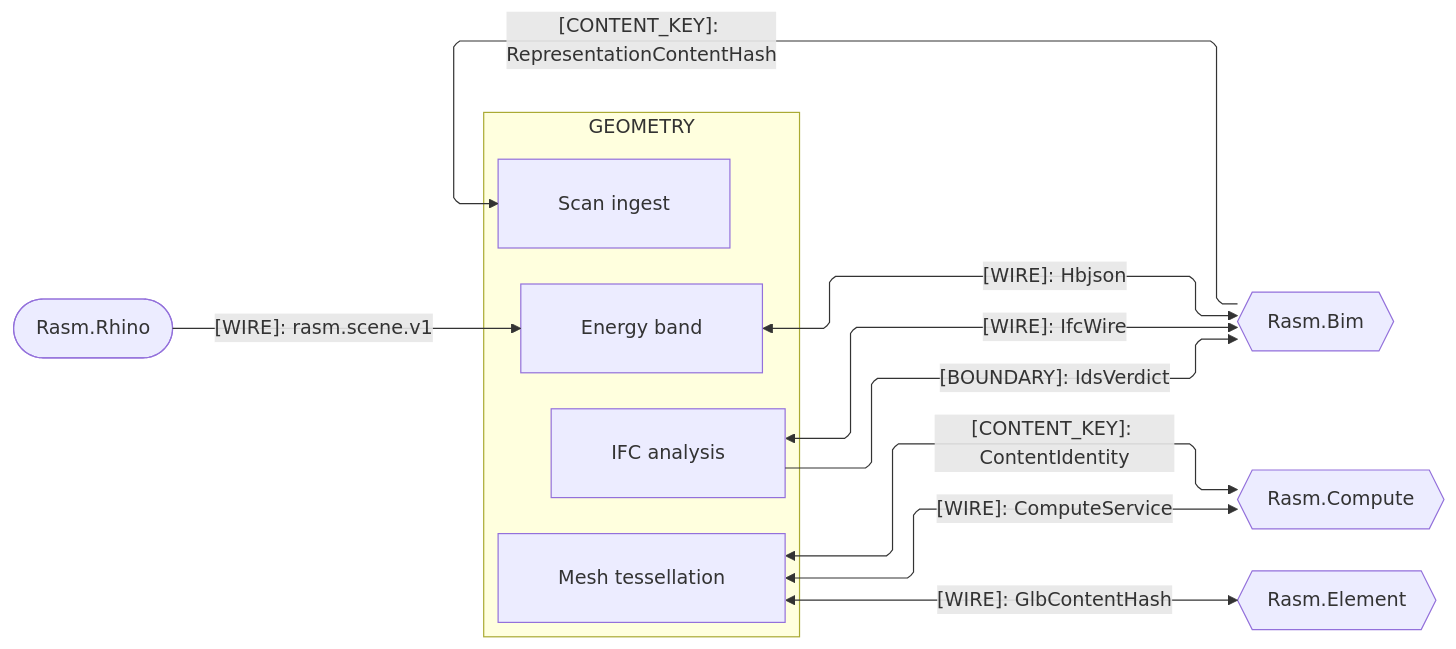
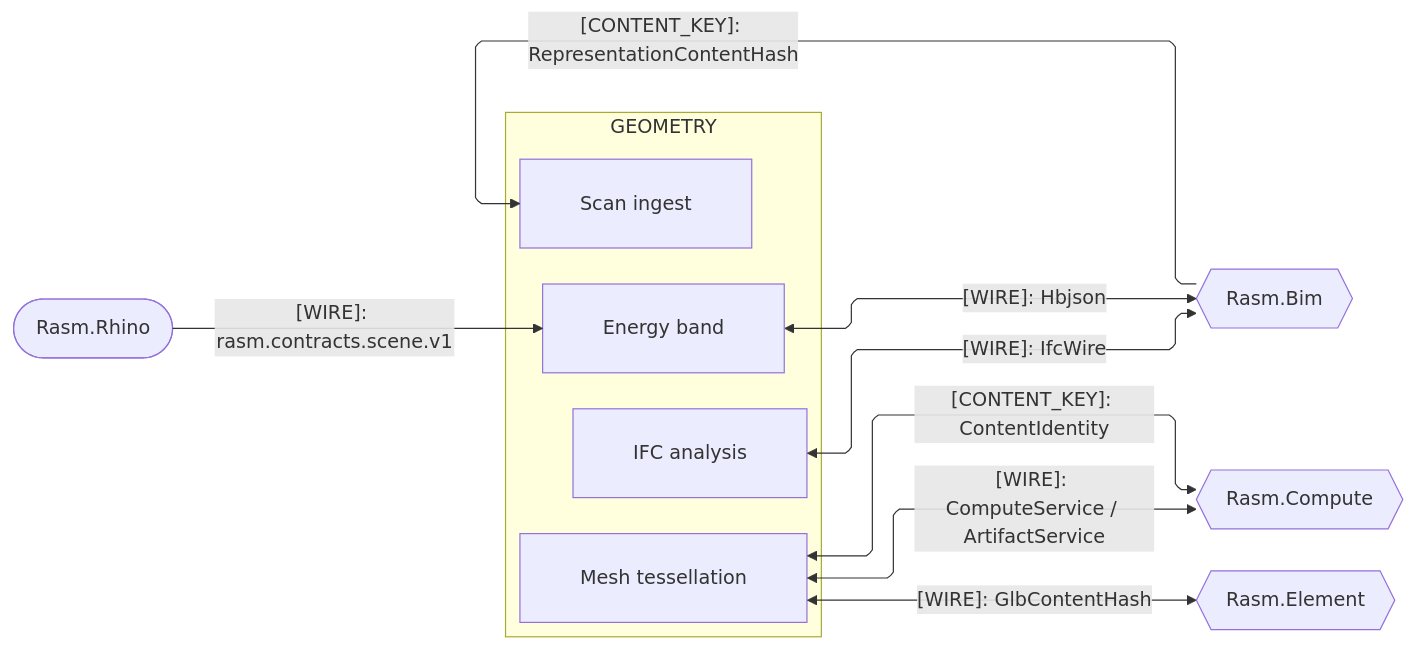
Before and after one commit to bsamiee/Rasm: the second of 4 diagrams in libs/python/geometry/ARCHITECTURE.md, drawn with Mermaid. The commit also changed other lines of this file and 820 other files, not shown here.

````diff
--- a/libs/python/geometry/ARCHITECTURE.md
+++ b/libs/python/geometry/ARCHITECTURE.md
@@ -91,30 +91,29 @@
 ```mermaid
 ---
 config:
   layout: elk
   flowchart:
     curve: linear
     padding: 25
 ---
 flowchart LR
     accTitle: Geometry cross-runtime C# peer seams
     accDescr: Which kinded contracts cross between the geometry owners and the C# peers.
     subgraph geometry[GEOMETRY]
         Mesh[Mesh tessellation]
         Ifc[IFC analysis]
         Scan[Scan ingest]
         Energy[Energy band]
     end
     Bim{{Rasm.Bim}}
     Compute{{Rasm.Compute}}
     Element{{Rasm.Element}}
     Rhino([Rasm.Rhino])
-    Mesh e1@<-->|"[WIRE]: ComputeService"| Compute
+    Mesh e1@<-->|"[WIRE]: ComputeService / ArtifactService"| Compute
     Mesh e2@<-->|"[CONTENT_KEY]: ContentIdentity"| Compute
     Mesh e3@<-->|"[WIRE]: GlbContentHash"| Element
     Ifc e4@<-->|"[WIRE]: IfcWire"| Bim
-    Ifc e5@-->|"[BOUNDARY]: IdsVerdict"| Bim
     Bim e6@-->|"[CONTENT_KEY]: RepresentationContentHash"| Scan
     Energy e7@<-->|"[WIRE]: Hbjson"| Bim
-    Rhino e8@-->|"[WIRE]: rasm.scene.v1"| Energy
+    Rhino e8@-->|"[WIRE]: rasm.contracts.scene.v1"| Energy
 ```
````
